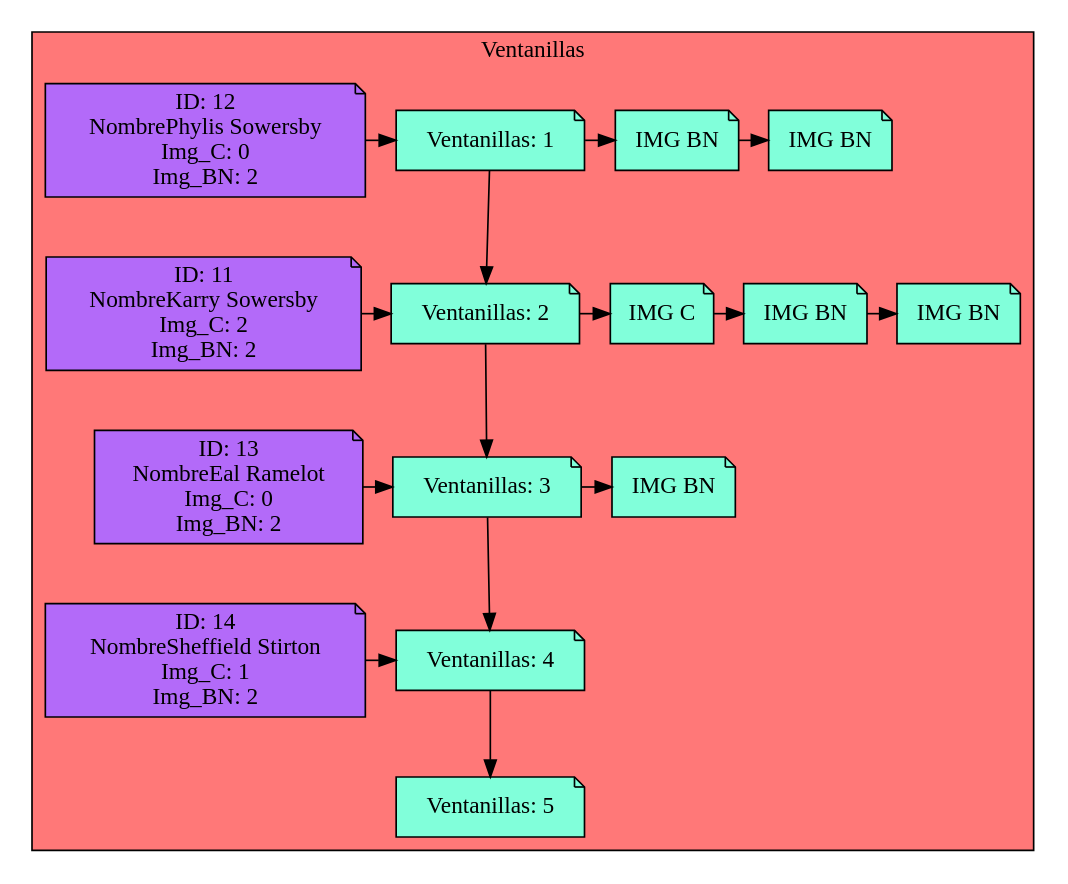
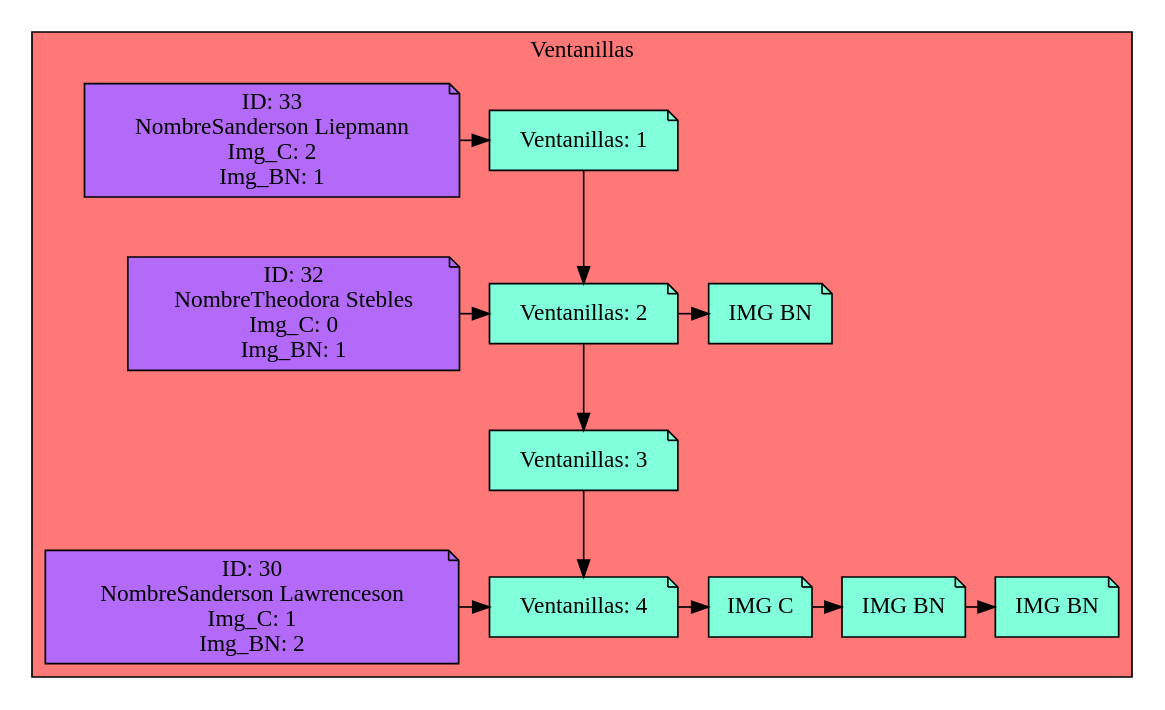
The diagram in Simple_Windows.dot (Serch-ING/EDD_UDRAWING_202000119), drawn with Graphviz before and after one commit. The commit also changed 17 other files, not shown here.

```diff
--- a/Simple_Windows.dot
+++ b/Simple_Windows.dot
@@ -1,62 +1,47 @@
 digraph L {
 node[shape=note fillcolor="#A181FF" style =filled]
 subgraph cluster_p{
     label= " Ventanillas "
     bgcolor = "#FF7878"
 Nodo1661081225[label="Ventanillas: 1",fillcolor="#81FFDA",group=1]
 Nodo1882554559[label="Ventanillas: 2",fillcolor="#81FFDA",group=2]
 Nodo694316372[label="Ventanillas: 3",fillcolor="#81FFDA",group=3]
 Nodo1516500233[label="Ventanillas: 4",fillcolor="#81FFDA",group=4]
-Nodo1850180796[label="Ventanillas: 5",fillcolor="#81FFDA",group=5]
 
 Nodo1661081225 -> Nodo1882554559
 
-Cliente1594199808[label="ID: 12
-NombrePhylis Sowersby
-Img_C: 0
-Img_BN: 2",fillcolor="#B36AF9",group=1]
-Cliente1594199808-> Nodo1661081225
-Nodo306115458[label="IMG BN",fillcolor="#81FFDA"]
-Nodo1201484275[label="IMG BN",fillcolor="#81FFDA"]
-Nodo306115458 -> Nodo1201484275
-
-Nodo1661081225 -> Nodo306115458
-
-{rank=same;Nodo1661081225,Cliente1594199808,Nodo306115458,Nodo1201484275}
+Cliente119358627[label="ID: 33
+NombreSanderson Liepmann
+Img_C: 2
+Img_BN: 1",fillcolor="#B36AF9",group=1]
+Cliente119358627-> Nodo1661081225
+{rank=same;Nodo1661081225,Cliente119358627}
 Nodo1882554559 -> Nodo694316372
 
-Cliente58940486[label="ID: 11
-NombreKarry Sowersby
-Img_C: 2
-Img_BN: 2",fillcolor="#B36AF9",group=2]
-Cliente58940486-> Nodo1882554559
-Nodo230643635[label="IMG C",fillcolor="#81FFDA"]
-Nodo1089418272[label="IMG BN",fillcolor="#81FFDA"]
-Nodo422396878[label="IMG BN",fillcolor="#81FFDA"]
-Nodo230643635 -> Nodo1089418272
-Nodo1089418272 -> Nodo422396878
+Cliente1108924067[label="ID: 32
+NombreTheodora Stebles
+Img_C: 0
+Img_BN: 1",fillcolor="#B36AF9",group=2]
+Cliente1108924067-> Nodo1882554559
+Nodo2073621255[label="IMG BN",fillcolor="#81FFDA"]
 
-Nodo1882554559 -> Nodo230643635
+Nodo1882554559 -> Nodo2073621255
 
-{rank=same;Nodo1882554559,Cliente58940486,Nodo230643635,Nodo1089418272,Nodo422396878}
+{rank=same;Nodo1882554559,Cliente1108924067,Nodo2073621255}
 Nodo694316372 -> Nodo1516500233
 
-Cliente1233990028[label="ID: 13
-NombreEal Ramelot
-Img_C: 0
-Img_BN: 2",fillcolor="#B36AF9",group=3]
-Cliente1233990028-> Nodo694316372
-Nodo944427387[label="IMG BN",fillcolor="#81FFDA"]
-
-Nodo694316372 -> Nodo944427387
-
-{rank=same;Nodo694316372,Cliente1233990028,Nodo944427387}
-Nodo1516500233 -> Nodo1850180796
-
-Cliente1636182655[label="ID: 14
-NombreSheffield Stirton
+{rank=same;Nodo694316372}
+Cliente2088445230[label="ID: 30
+NombreSanderson Lawrenceson
 Img_C: 1
 Img_BN: 2",fillcolor="#B36AF9",group=4]
-Cliente1636182655-> Nodo1516500233
-{rank=same;Nodo1516500233,Cliente1636182655}
-{rank=same;Nodo1850180796}}}
+Cliente2088445230-> Nodo1516500233
+Nodo1208121709[label="IMG C",fillcolor="#81FFDA"]
+Nodo348984985[label="IMG BN",fillcolor="#81FFDA"]
+Nodo129153987[label="IMG BN",fillcolor="#81FFDA"]
+Nodo1208121709 -> Nodo348984985
+Nodo348984985 -> Nodo129153987
+
+Nodo1516500233 -> Nodo1208121709
+
+{rank=same;Nodo1516500233,Cliente2088445230,Nodo1208121709,Nodo348984985,Nodo129153987}}}
```
